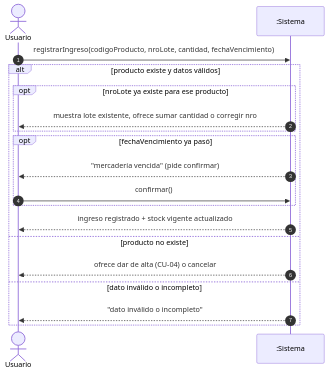
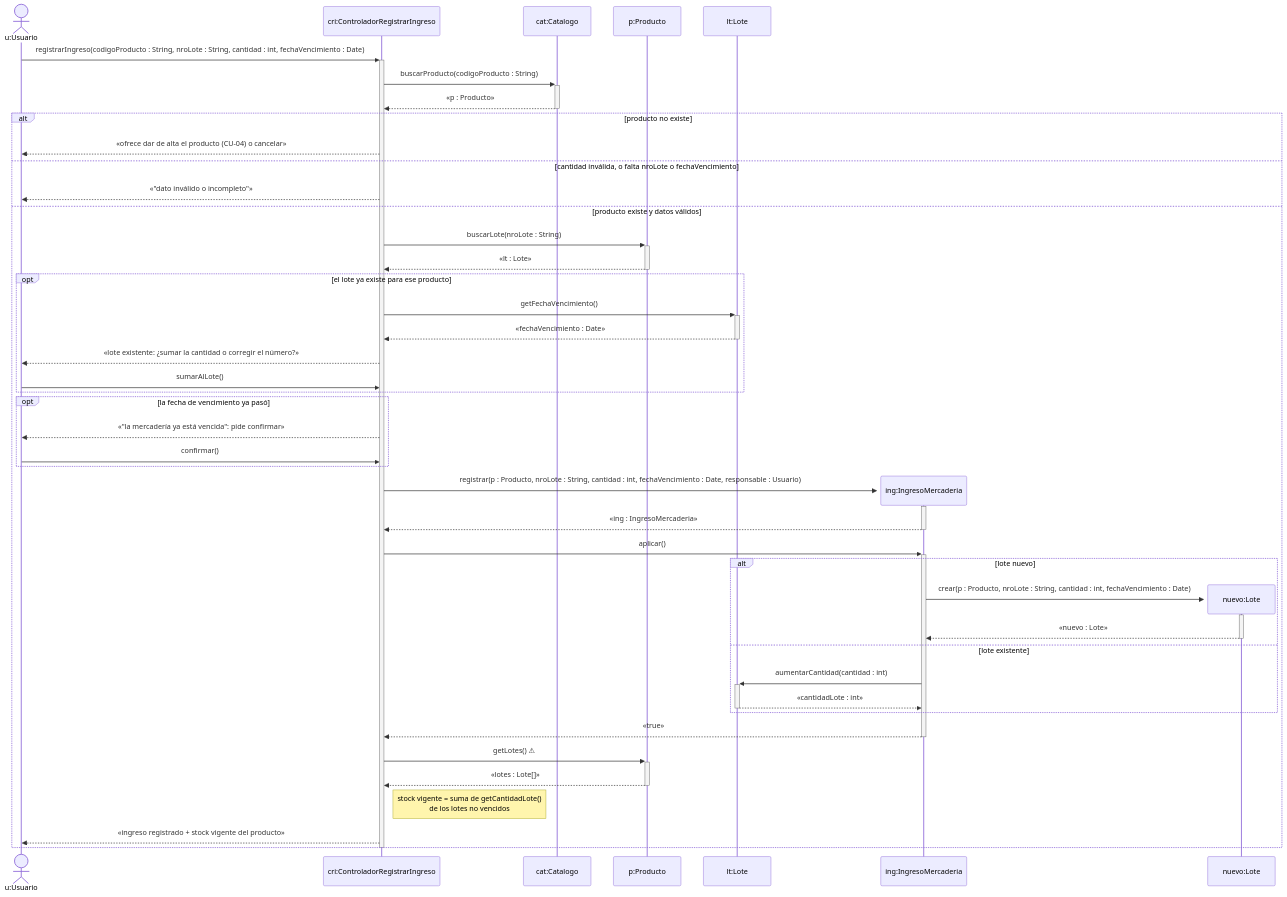
Before and after one commit to cirotop/Stock-Project: the eighth of 12 diagrams in 08-Diagrama De Secuencia/Diagramas_de_Secuencia.md, drawn with Mermaid. The commit also changed other lines of this file, not shown here.

````diff
--- a/08-Diagrama De Secuencia/Diagramas_de_Secuencia.md
+++ b/08-Diagrama De Secuencia/Diagramas_de_Secuencia.md
@@ -80,21 +224,48 @@
 ```mermaid
 sequenceDiagram
-    autonumber
-    actor U as Usuario
-    participant S as :Sistema
-    U->>S: registrarIngreso(codigoProducto, nroLote, cantidad, fechaVencimiento)
-    alt producto existe y datos válidos
-        opt nroLote ya existe para ese producto
-            S-->>U: muestra lote existente, ofrece sumar cantidad o corregir nro
+    actor u as u:Usuario
+    participant cri as cri:ControladorRegistrarIngreso
+    participant cat as cat:Catalogo
+    participant p as p:Producto
+    participant lt as lt:Lote
+
+    u->>+cri: registrarIngreso(codigoProducto : String, nroLote : String, cantidad : int, fechaVencimiento : Date)
+    cri->>+cat: buscarProducto(codigoProducto : String)
+    cat-->>-cri: «p : Producto»
+    alt producto no existe
+        cri-->>u: «ofrece dar de alta el producto (CU-04) o cancelar»
+    else cantidad inválida, o falta nroLote o fechaVencimiento
+        cri-->>u: «"dato inválido o incompleto"»
+    else producto existe y datos válidos
+        cri->>+p: buscarLote(nroLote : String)
+        p-->>-cri: «lt : Lote»
+        opt el lote ya existe para ese producto
+            cri->>+lt: getFechaVencimiento()
+            lt-->>-cri: «fechaVencimiento : Date»
+            cri-->>u: «lote existente: ¿sumar la cantidad o corregir el número?»
+            u->>cri: sumarAlLote()
         end
-        opt fechaVencimiento ya pasó
-            S-->>U: "mercadería vencida" (pide confirmar)
-            U->>S: confirmar()
+        opt la fecha de vencimiento ya pasó
+            cri-->>u: «"la mercadería ya está vencida": pide confirmar»
+            u->>cri: confirmar()
         end
-        S-->>U: ingreso registrado + stock vigente actualizado
-    else producto no existe
-        S-->>U: ofrece dar de alta (CU-04) o cancelar
-    else dato inválido o incompleto
-        S-->>U: "dato inválido o incompleto"
+        create participant ing as ing:IngresoMercaderia
+        cri->>+ing: registrar(p : Producto, nroLote : String, cantidad : int, fechaVencimiento : Date, responsable : Usuario)
+        ing-->>-cri: «ing : IngresoMercaderia»
+        cri->>+ing: aplicar()
+        alt lote nuevo
+            create participant nl as nuevo:Lote
+            ing->>+nl: crear(p : Producto, nroLote : String, cantidad : int, fechaVencimiento : Date)
+            nl-->>-ing: «nuevo : Lote»
+        else lote existente
+            ing->>+lt: aumentarCantidad(cantidad : int)
+            lt-->>-ing: «cantidadLote : int»
+        end
+        ing-->>-cri: «true»
+        cri->>+p: getLotes() ⚠
+        p-->>-cri: «lotes : Lote[]»
+        Note right of cri: stock vigente = suma de getCantidadLote()<br/>de los lotes no vencidos
+        cri-->>u: «ingreso registrado + stock vigente del producto»
     end
+    deactivate cri
 ```
````
